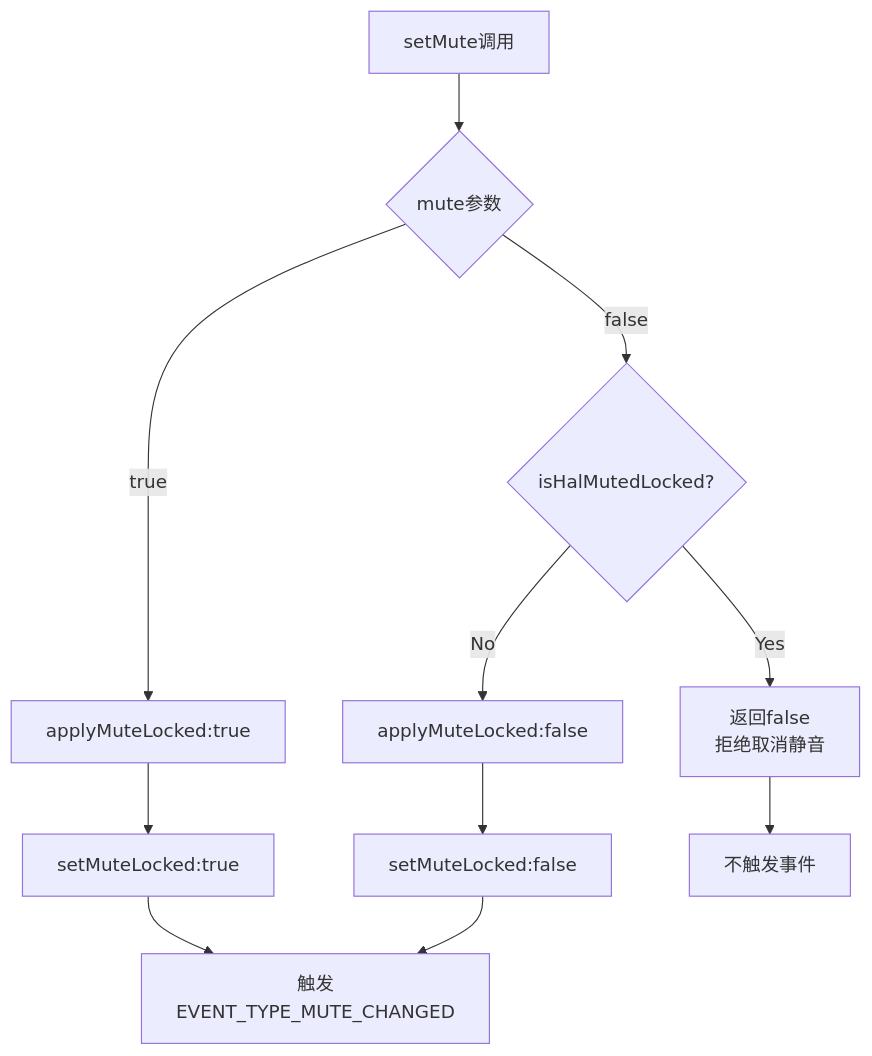
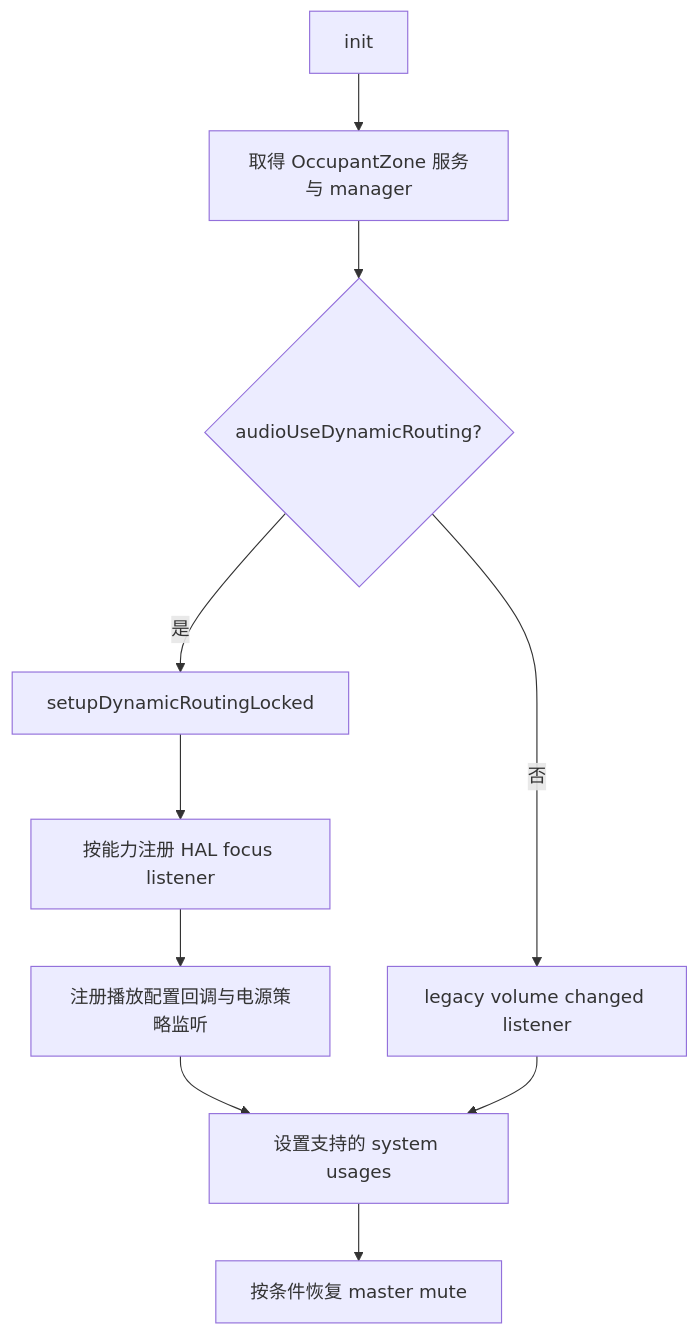
One commit to yanglinzhen1022/SA8295_AAOS_QNX_Audio_KnowledgeBase changed the first of 2 diagrams in 09_AAOS_Car_Audio/09_9.2_CarAudioService-车载音频核心服务.md. Above: the diagram before and after it, drawn with Mermaid. The commit also changed other lines of this file and 11 other files, not shown here.

Commit message:
docs: rebuild AAOS routing and AudioControl v1 learning path

````diff
--- a/09_AAOS_Car_Audio/09_9.2_CarAudioService-车载音频核心服务.md
+++ b/09_AAOS_Car_Audio/09_9.2_CarAudioService-车载音频核心服务.md
@@ -736,15 +11,12 @@
 ```mermaid
-flowchart TB
-    Check[setMute调用] --> IsMute{mute参数}
-    IsMute -->|true| ApplyMute[applyMuteLocked:true]
-    IsMute -->|false| CheckHal{isHalMutedLocked?}
-    CheckHal -->|Yes| Reject[返回false<br>拒绝取消静音]
-    CheckHal -->|No| ApplyUnmute[applyMuteLocked:false]
-    
-    ApplyMute --> SetState[setMuteLocked:true]
-    ApplyUnmute --> SetState2[setMuteLocked:false]
-    
-    SetState --> Event[触发EVENT_TYPE_MUTE_CHANGED]
-    SetState2 --> Event
-    Reject --> NoEvent[不触发事件]
+flowchart TD
+    I[init] --> O[取得 OccupantZone 服务与 manager]
+    O --> D{audioUseDynamicRouting?}
+    D -->|是| R[setupDynamicRoutingLocked]
+    R --> F[按能力注册 HAL focus listener]
+    F --> C[注册播放配置回调与电源策略监听]
+    D -->|否| L[legacy volume changed listener]
+    C --> U[设置支持的 system usages]
+    L --> U
+    U --> M[按条件恢复 master mute]
 ```
````
